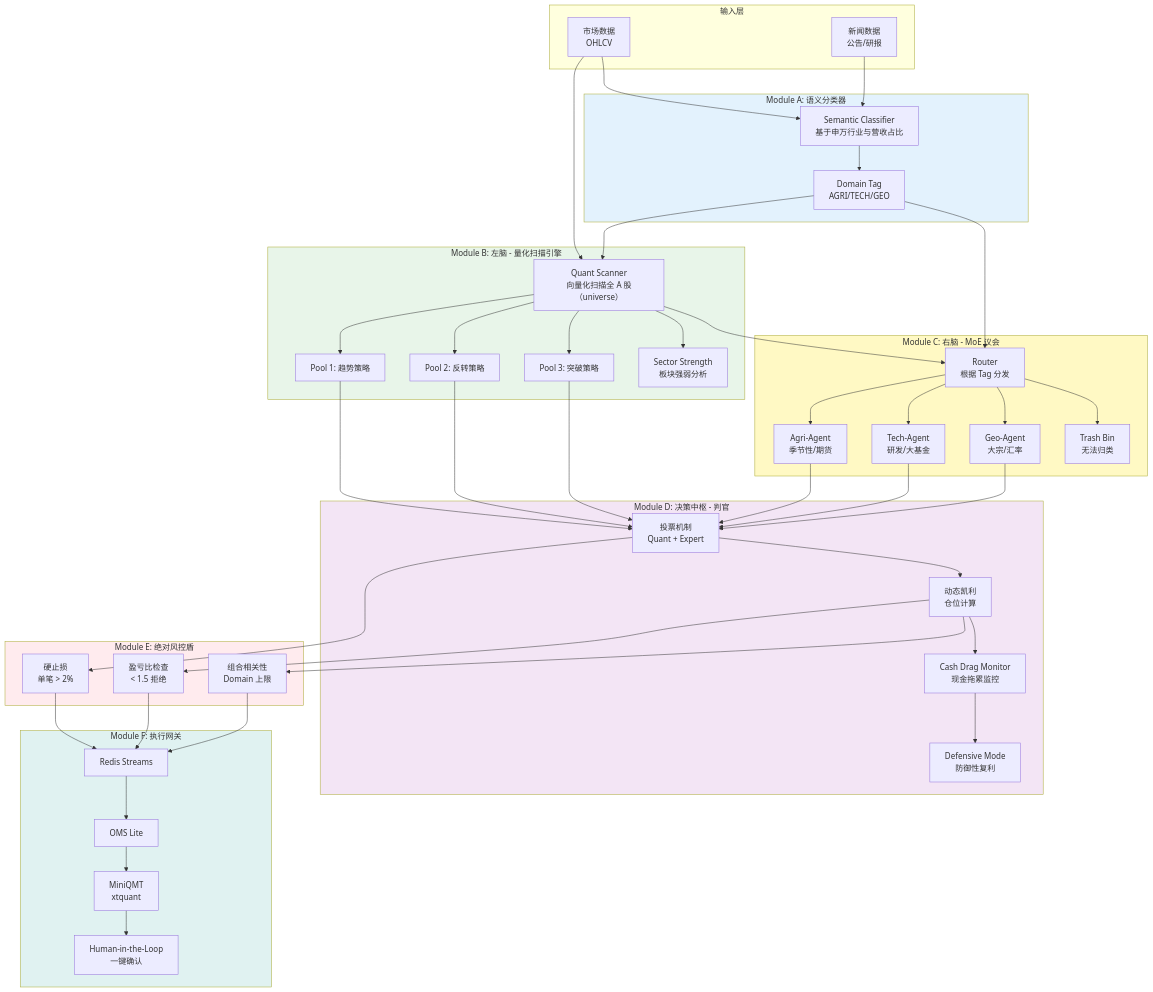
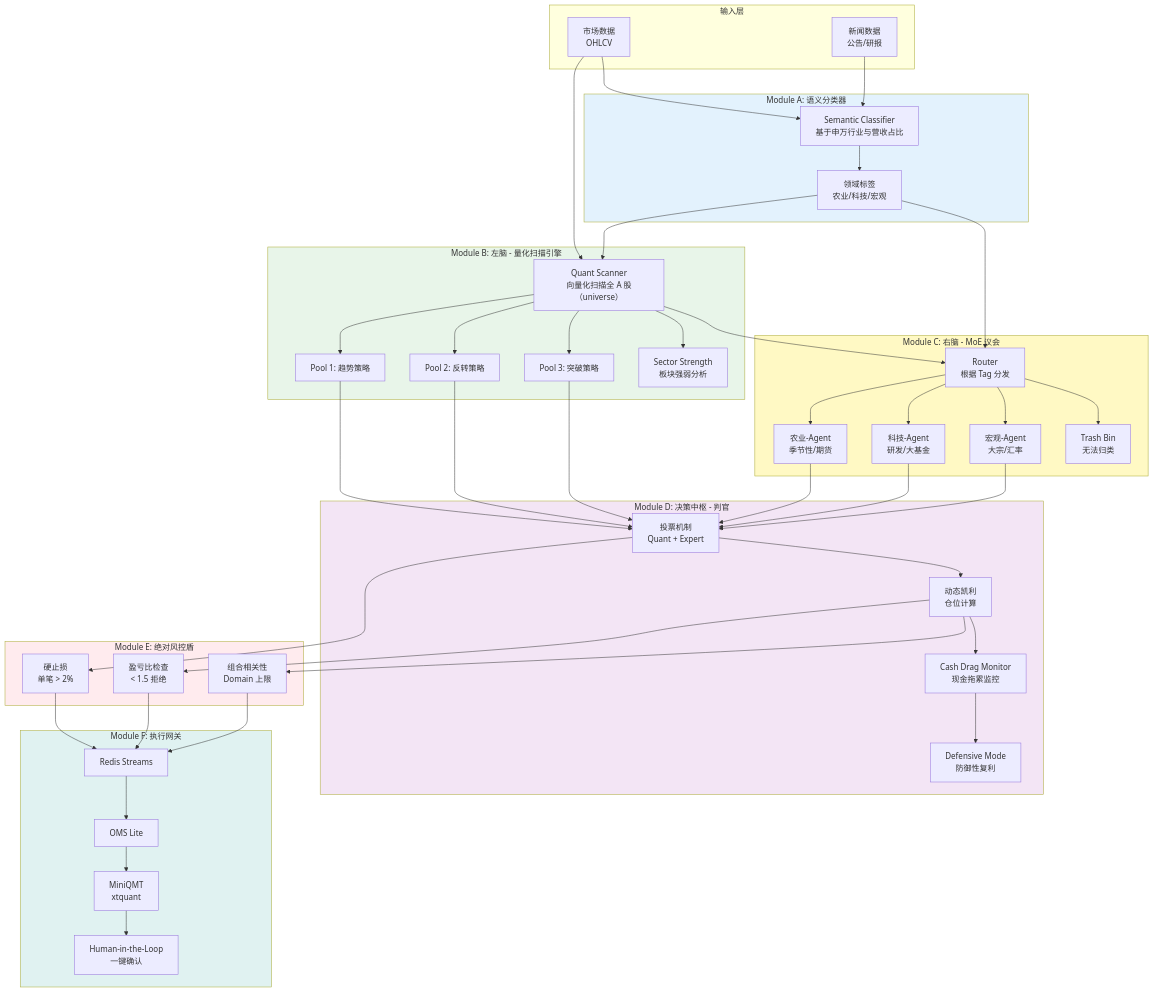
Before and after one commit to myxxhui/diting-doc: the first of 3 diagrams in 03_原子目标与规约/_共享规约/09_核心模块架构规约.md, drawn with Mermaid. The commit also changed other lines of this file and 71 other files, not shown here.

```diff
--- a/03_原子目标与规约/_共享规约/09_核心模块架构规约.md
+++ b/03_原子目标与规约/_共享规约/09_核心模块架构规约.md
@@ -22,7 +22,7 @@
     
     subgraph ModuleA[Module A: 语义分类器]
         CLASSIFIER[Semantic Classifier<br/>基于申万行业与营收占比]
-        TAG[Domain Tag<br/>AGRI/TECH/GEO]
+        TAG[领域标签<br/>农业/科技/宏观]
     end
     
     subgraph ModuleB[Module B: 左脑 - 量化扫描引擎]
@@ -35,9 +35,9 @@
     
     subgraph ModuleC[Module C: 右脑 - MoE 议会]
         ROUTER[Router<br/>根据 Tag 分发]
-        AGRI[Agri-Agent<br/>季节性/期货]
-        TECH[Tech-Agent<br/>研发/大基金]
-        GEO[Geo-Agent<br/>大宗/汇率]
+        农业[农业-Agent<br/>季节性/期货]
+        科技[科技-Agent<br/>研发/大基金]
+        宏观[宏观-Agent<br/>大宗/汇率]
         TRASH[Trash Bin<br/>无法归类]
     end
     
@@ -74,17 +74,17 @@
     
     TAG --> ROUTER
     SCANNER --> ROUTER
-    ROUTER --> AGRI
-    ROUTER --> TECH
-    ROUTER --> GEO
+    ROUTER --> 农业
+    ROUTER --> 科技
+    ROUTER --> 宏观
     ROUTER --> TRASH
     
     POOL1 --> VOTE
     POOL2 --> VOTE
     POOL3 --> VOTE
-    AGRI --> VOTE
-    TECH --> VOTE
-    GEO --> VOTE
+    农业 --> VOTE
+    科技 --> VOTE
+    宏观 --> VOTE
     
     VOTE --> KELLY
     KELLY --> CASH
```
